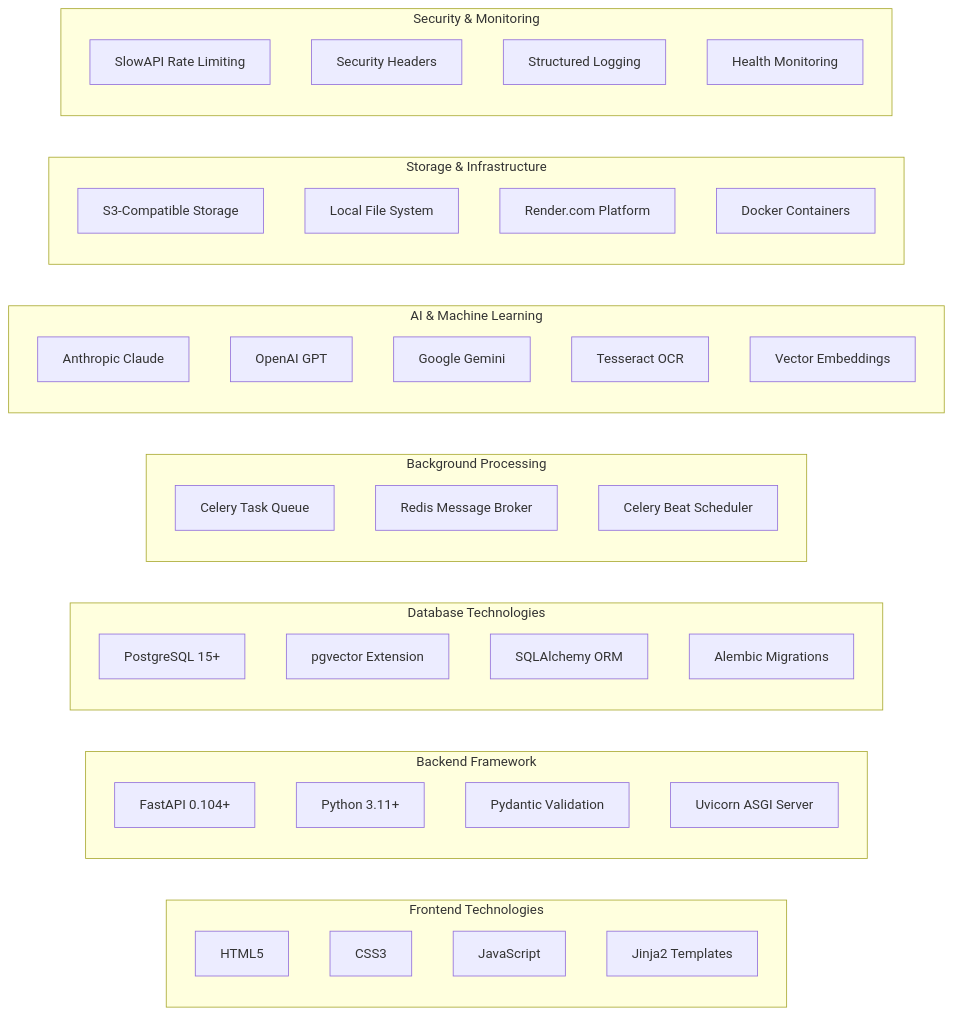
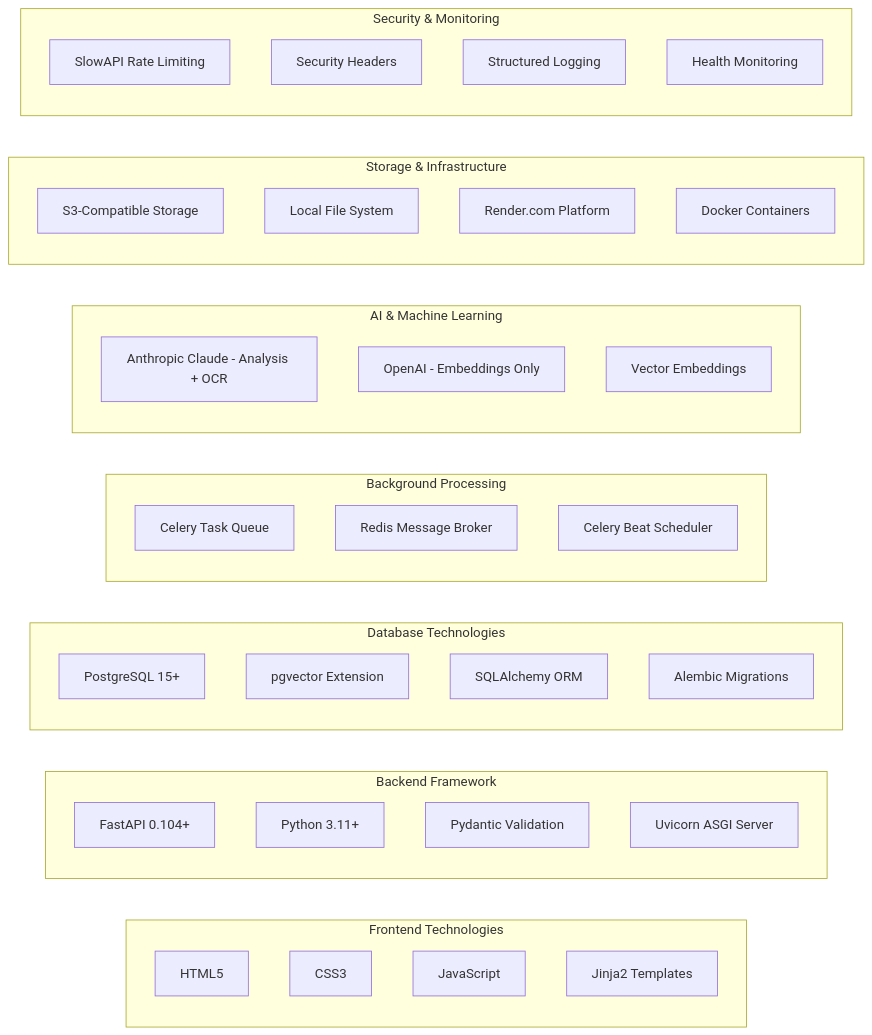
Before and after one commit to callum-doty/pc-simple: the second of 6 diagrams in architecture/architecture_master.md, drawn with Mermaid. The commit also changed 13 other files, not shown here.

````diff
--- a/architecture/architecture_master.md
+++ b/architecture/architecture_master.md
@@ -142,51 +142,49 @@
 ```mermaid
 graph LR
     subgraph "Frontend Technologies"
         HTML5[HTML5]
         CSS3[CSS3]
         JAVASCRIPT[JavaScript]
         JINJA2[Jinja2 Templates]
     end
 
     subgraph "Backend Framework"
         FASTAPI_TECH[FastAPI 0.104+]
         PYTHON[Python 3.11+]
         PYDANTIC[Pydantic Validation]
         UVICORN[Uvicorn ASGI Server]
     end
 
     subgraph "Database Technologies"
         POSTGRESQL_TECH[PostgreSQL 15+]
         PGVECTOR_TECH[pgvector Extension]
         SQLALCHEMY[SQLAlchemy ORM]
         ALEMBIC[Alembic Migrations]
     end
 
     subgraph "Background Processing"
         CELERY_TECH[Celery Task Queue]
         REDIS_TECH[Redis Message Broker]
         BEAT[Celery Beat Scheduler]
     end
 
     subgraph "AI & Machine Learning"
-        ANTHROPIC_TECH[Anthropic Claude]
-        OPENAI_TECH[OpenAI GPT]
-        GEMINI_TECH[Google Gemini]
-        TESSERACT[Tesseract OCR]
+        ANTHROPIC_TECH[Anthropic Claude - Analysis + OCR]
+        OPENAI_TECH[OpenAI - Embeddings Only]
         EMBEDDINGS[Vector Embeddings]
     end
 
     subgraph "Storage & Infrastructure"
         S3_TECH[S3-Compatible Storage]
         LOCAL_STORAGE_TECH[Local File System]
         RENDER_TECH[Render.com Platform]
         DOCKER_TECH[Docker Containers]
     end
 
     subgraph "Security & Monitoring"
         SLOWAPI[SlowAPI Rate Limiting]
         SECURITY_HEADERS[Security Headers]
         STRUCTURED_LOGGING[Structured Logging]
         HEALTH_MONITORING[Health Monitoring]
     end
 ```
````
